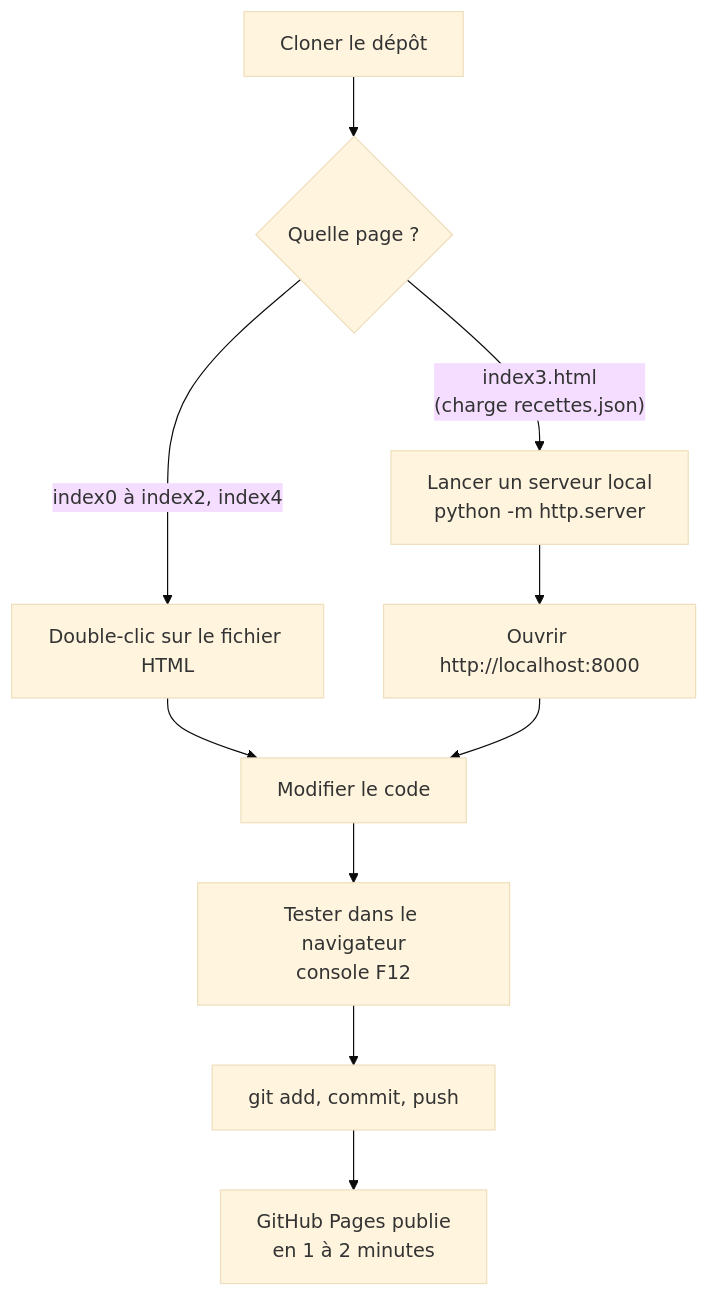
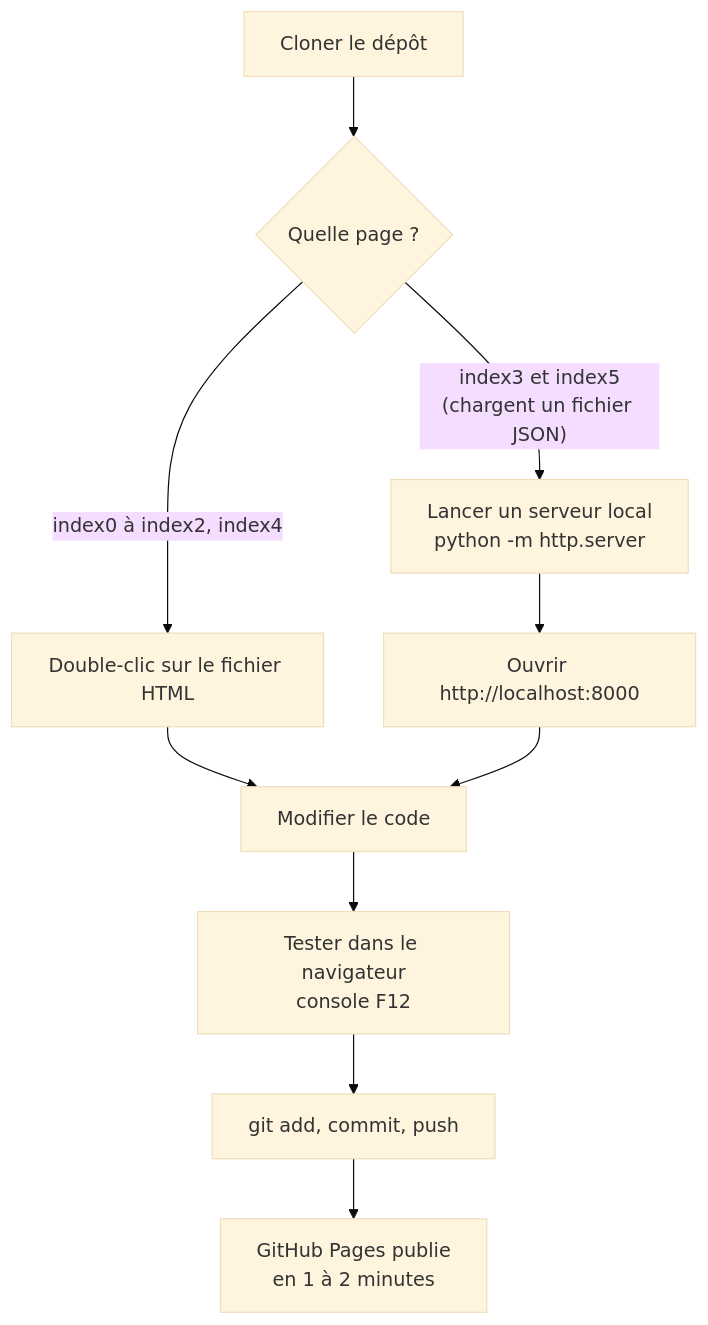
Before and after one commit to Sami-Le/generateur-de-recettes: the diagram in installation.md, drawn with Mermaid (base theme). The commit also changed other lines of this file and 8 other files, not shown here.

````diff
--- a/installation.md
+++ b/installation.md
@@ -18,12 +18,12 @@
 ```mermaid
 flowchart TD
     A["Cloner le dépôt"] --> B{"Quelle page ?"}
     B -->|"index0 à index2, index4"| C["Double-clic sur le fichier HTML"]
-    B -->|"index3.html<br/>(charge recettes.json)"| D["Lancer un serveur local<br/>python -m http.server"]
+    B -->|"index3 et index5<br/>(chargent un fichier JSON)"| D["Lancer un serveur local<br/>python -m http.server"]
     D --> E["Ouvrir http://localhost:8000"]
     C --> F["Modifier le code"]
     E --> F
     F --> G["Tester dans le navigateur<br/>console F12"]
     G --> H["git add, commit, push"]
     H --> I["GitHub Pages publie<br/>en 1 à 2 minutes"]
 ```
````
